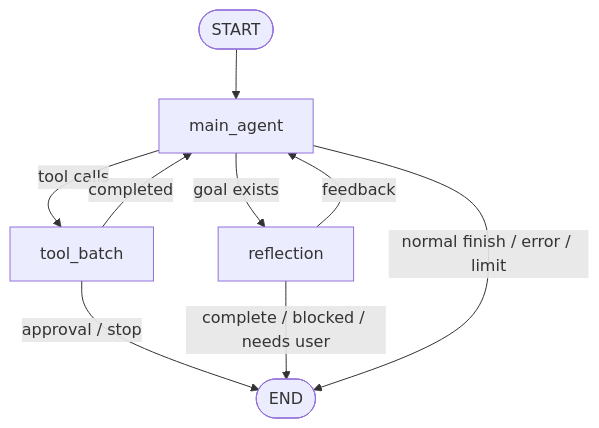
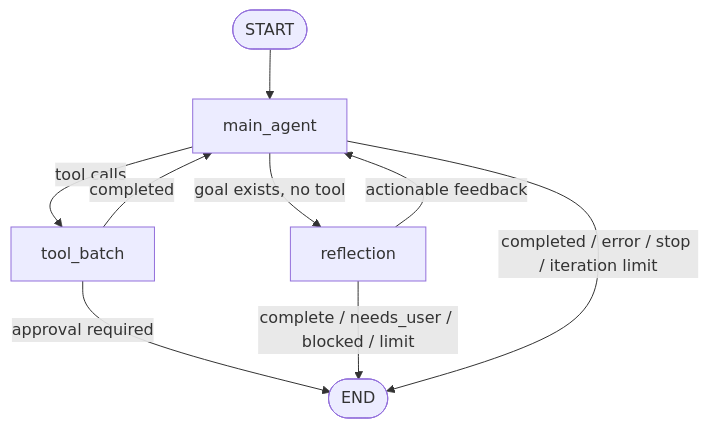
One commit to universero/InnoAgent changed the diagram in assert/knowledge/01-runtime-and-langgraph.md. Above: the diagram before and after it, drawn with Mermaid. The commit also changed other lines of this file and 11 other files, not shown here.

Commit message:
docs: document InnoAgent module architecture

````diff
--- a/assert/knowledge/01-runtime-and-langgraph.md
+++ b/assert/knowledge/01-runtime-and-langgraph.md
@@ -9,11 +32,11 @@
 ```mermaid
 flowchart TD
-    S([START]) --> A[main_agent]
-    A -->|tool calls| T[tool_batch]
-    T -->|completed| A
-    T -->|approval / stop| E([END])
-    A -->|goal exists| R[reflection]
-    R -->|feedback| A
-    R -->|complete / blocked / needs user| E
-    A -->|normal finish / error / limit| E
+    Start([START]) --> Main[main_agent]
+    Main -->|tool calls| Tools[tool_batch]
+    Tools -->|completed| Main
+    Tools -->|approval required| End([END])
+    Main -->|goal exists, no tool| Reflect[reflection]
+    Reflect -->|actionable feedback| Main
+    Reflect -->|complete / needs_user / blocked / limit| End
+    Main -->|completed / error / stop / iteration limit| End
 ```
````
